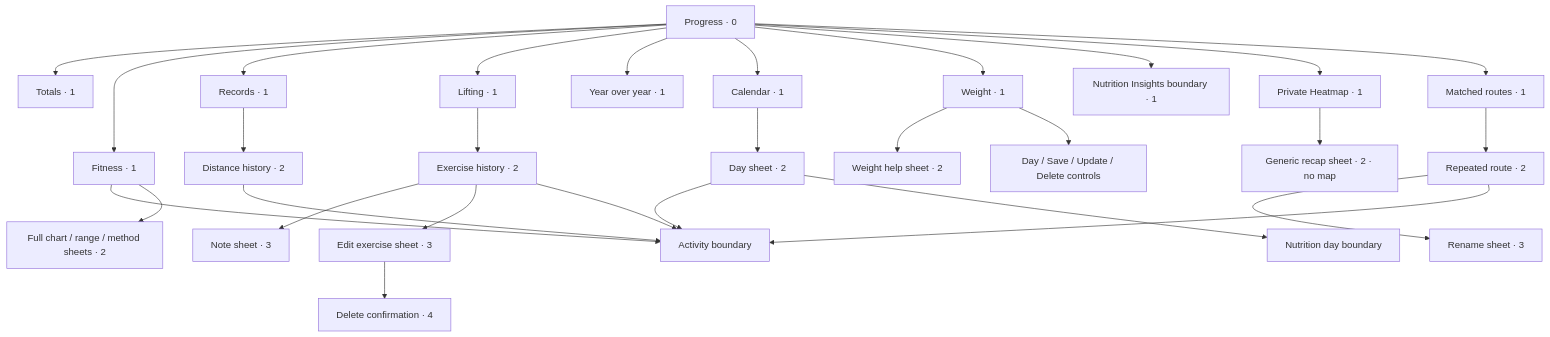
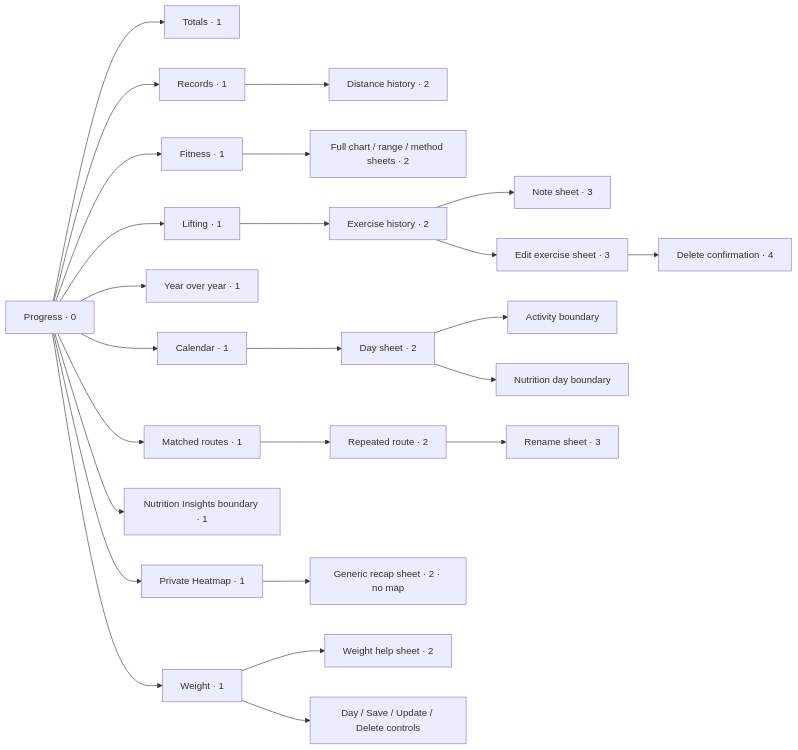
Before and after one commit to BenCBanks/kinetta: the fourth of 13 diagrams in docs/app-map.md, drawn with Mermaid. The commit also changed other lines of this file, not shown here.

Commit message:
Clarify reviewed boundaries and diagram layout

````diff
--- a/docs/app-map.md
+++ b/docs/app-map.md
@@ -352,31 +352,27 @@
 ```mermaid
-flowchart TD
+flowchart LR
  P["Progress · 0"] --> T["Totals · 1"]
  P --> F["Fitness · 1"]
  P --> R["Records · 1"]
  P --> L["Lifting · 1"]
  P --> Y["Year over year · 1"]
  P --> C["Calendar · 1"]
  P --> W["Weight · 1"]
  P --> I["Nutrition Insights boundary · 1"]
  P --> H["Private Heatmap · 1"]
  P --> Routes["Matched routes · 1"]
  R --> RH["Distance history · 2"]
- RH --> A["Activity boundary"]
- F --> A
  F --> Charts["Full chart / range / method sheets · 2"]
  L --> E["Exercise history · 2"]
  E --> Note["Note sheet · 3"]
  E --> Edit["Edit exercise sheet · 3"]
  Edit --> Delete["Delete confirmation · 4"]
- E --> A
  C --> Day["Day sheet · 2"]
- Day --> A
+ Day --> A["Activity boundary"]
  Day --> Food["Nutrition day boundary"]
  Routes --> Route["Repeated route · 2"]
  Route --> Rename["Rename sheet · 3"]
- Route --> A
  H --> Recap["Generic recap sheet · 2 · no map"]
  W --> Help["Weight help sheet · 2"]
  W --> WeightEdit["Day / Save / Update / Delete controls"]
 ```
````
